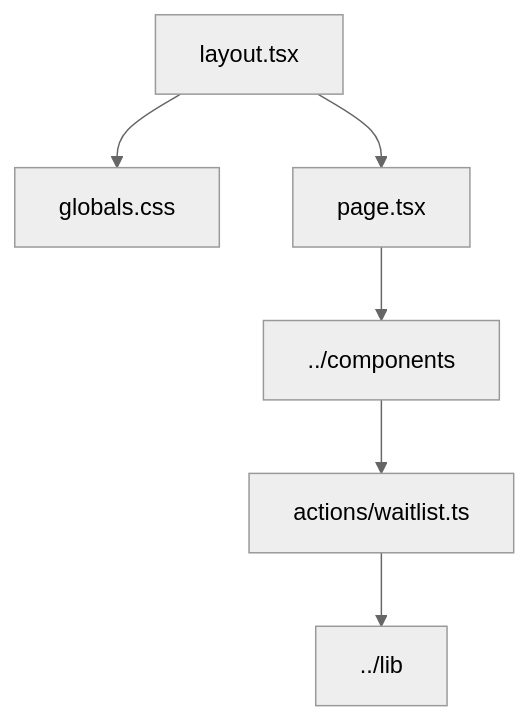
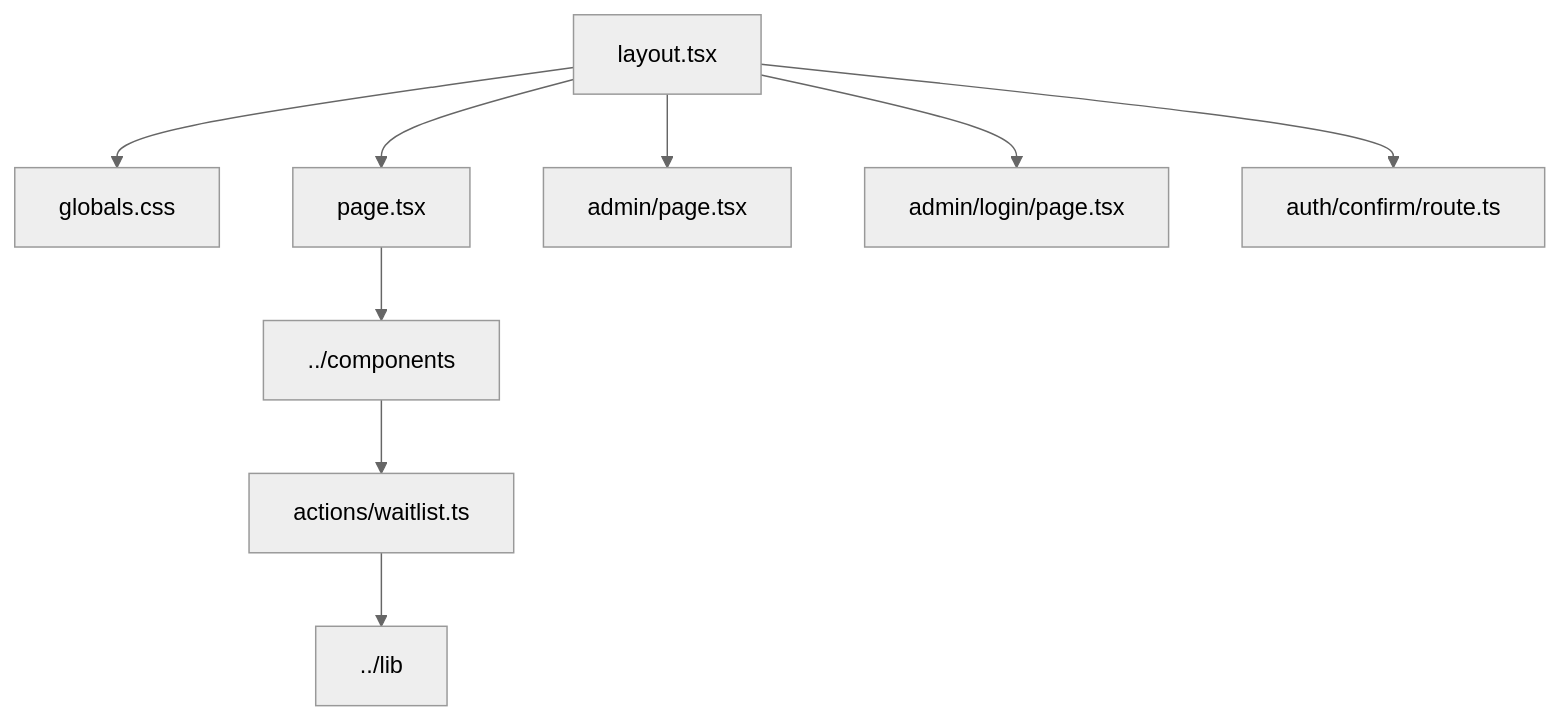
Before and after one commit to KipianiNikoloz/FoodLoop: the diagram in app/README.md, drawn with Mermaid (neutral theme). The commit also changed other lines of this file and 25 other files, not shown here.

````diff
--- a/app/README.md
+++ b/app/README.md
@@ -7,15 +7,21 @@
 ```mermaid
 flowchart TD
   Layout[layout.tsx]
   Globals[globals.css]
   Page[page.tsx]
+  Admin[admin/page.tsx]
+  AdminLogin[admin/login/page.tsx]
+  AuthConfirm[auth/confirm/route.ts]
   Actions[actions/waitlist.ts]
   Components[../components]
   Lib[../lib]
 
   Layout --> Globals
   Layout --> Page
+  Layout --> Admin
+  Layout --> AdminLogin
+  Layout --> AuthConfirm
   Page --> Components
   Components --> Actions
   Actions --> Lib
 ```
````
